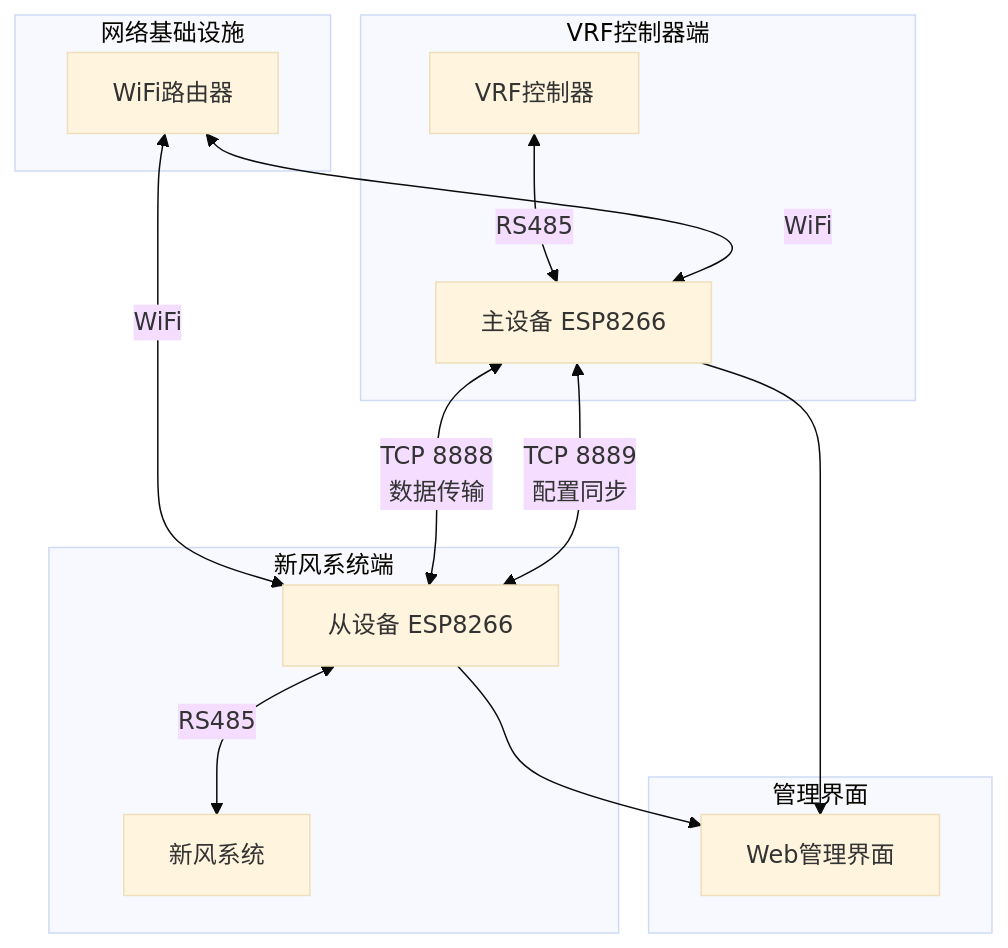
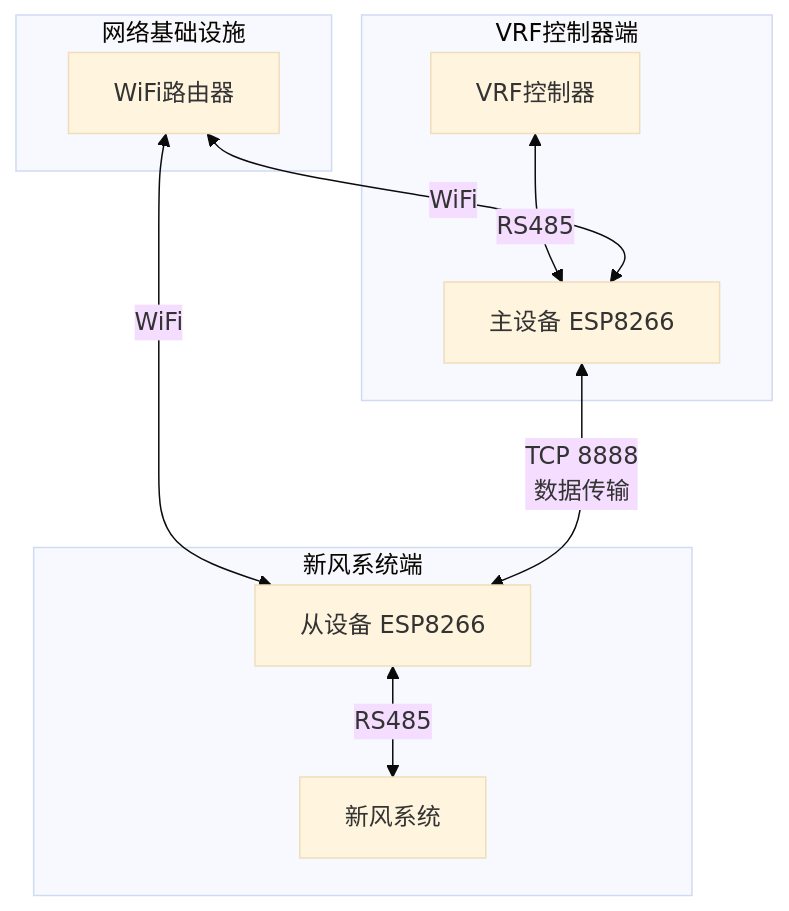
One commit to davidhoo/WiFly485 changed the first of 10 diagrams in docs/system_architecture.md. Above: the diagram before and after it, drawn with Mermaid (base theme). The commit also changed 1 other file, not shown here.

Commit message:
docs: 简化系统架构和需求文档，移除配置同步和Web管理界面

````diff
--- a/docs/system_architecture.md
+++ b/docs/system_architecture.md
@@ -5,29 +5,24 @@
 ```mermaid
 graph TB
     subgraph "VRF控制器端"
         VRF[VRF控制器]
         Master[主设备 ESP8266]
         VRF <-->|RS485| Master
     end
     
     subgraph "新风系统端"
         Slave[从设备 ESP8266]
         Fresh[新风系统]
         Slave <-->|RS485| Fresh
     end
     
     subgraph "网络基础设施"
         Router[WiFi路由器]
         Router <-->|WiFi| Master
         Router <-->|WiFi| Slave
     end
     
     Master <-->|TCP 8888<br>数据传输| Slave
-    Master <-->|TCP 8889<br>配置同步| Slave
     
-    subgraph "管理界面"
-        WebUI[Web管理界面]
-        Master --> WebUI
-        Slave --> WebUI
-    end
+    
 ```
````
